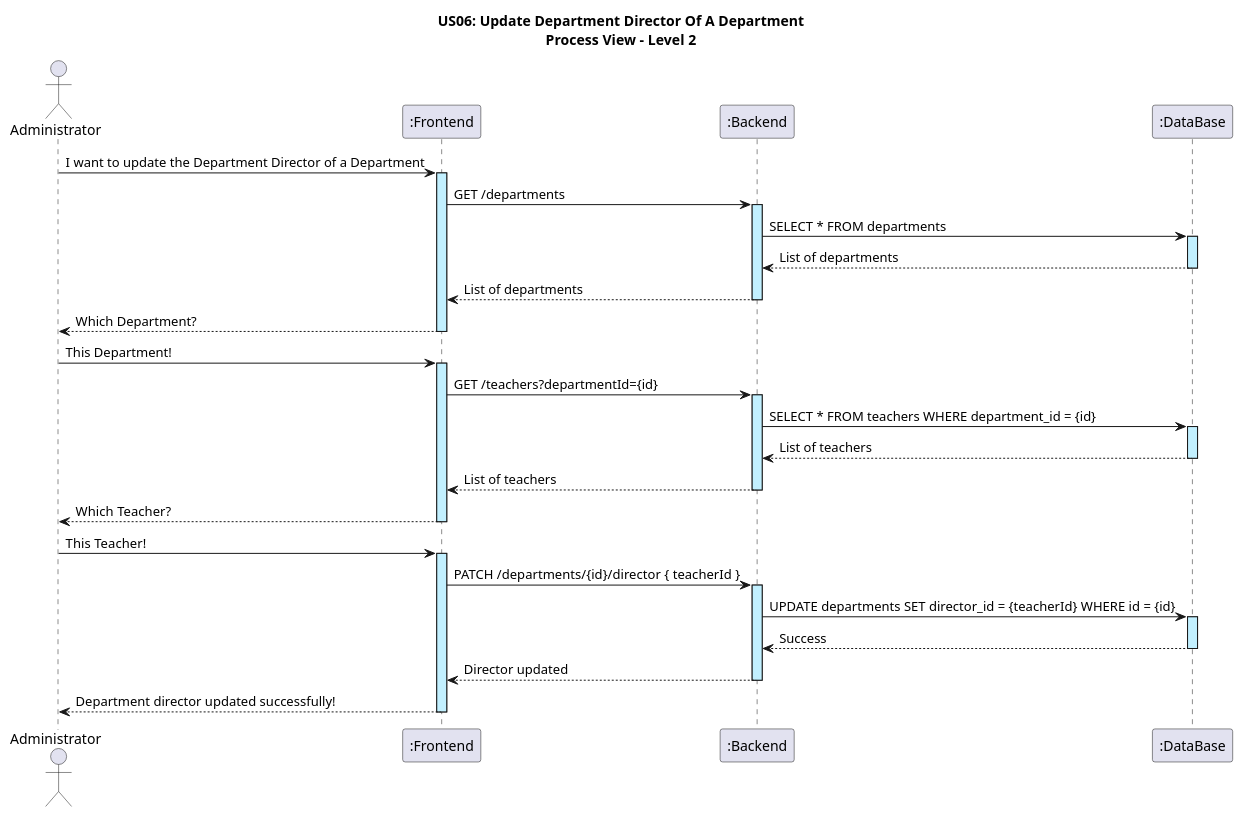
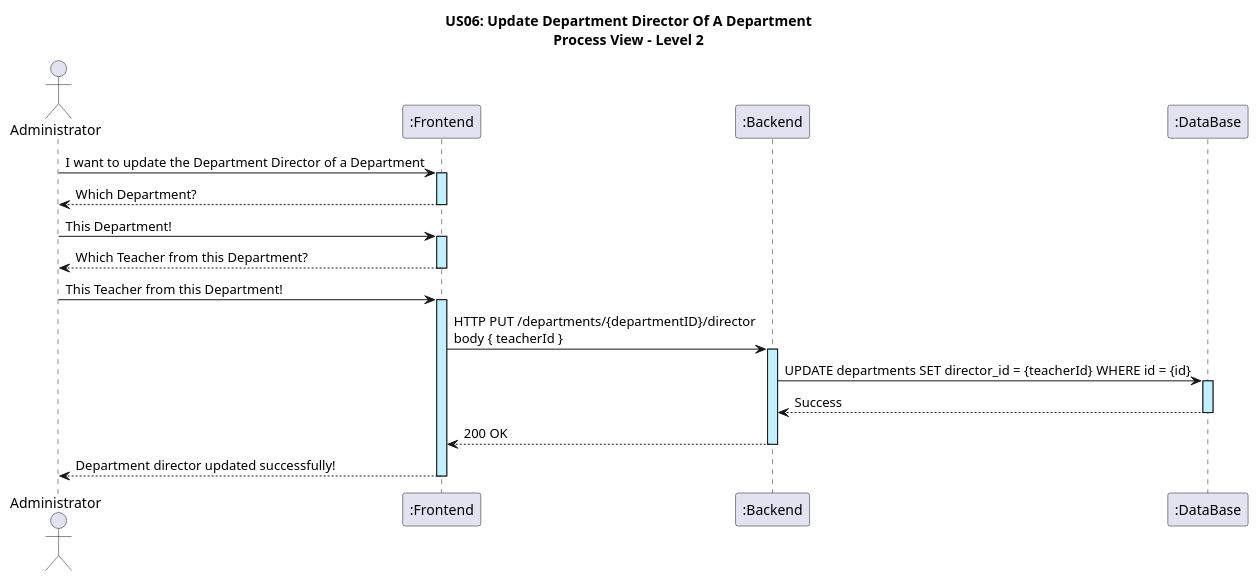
The diagram in docs/US06/ProcessView/US06_ProcessView_Level2.puml (GasparISEP/DevOps-PAI), drawn with PlantUML before and after one commit. The commit also changed 2 other files, not shown here.

Commit message:
refactor: update process diagram level 2 #674

```diff
--- a/docs/US06/ProcessView/US06_ProcessView_Level2.puml
+++ b/docs/US06/ProcessView/US06_ProcessView_Level2.puml
@@ -1,35 +1,29 @@
 @startuml
 
 title US06: Update Department Director Of A Department\nProcess View - Level 2
 
 actor "Administrator" as A
 participant ":Frontend" as FE
 participant ":Backend" as BE
 participant ":DataBase" as DB
 
 skinparam nodesep 5
 
 skinparam sequenceLifeLineBackgroundColor #application
 
 A -> FE ++ : I want to update the Department Director of a Department
-FE -> BE ++: GET /departments
-BE -> DB ++: SELECT * FROM departments
-DB --> BE --: List of departments
-BE --> FE --: List of departments
+
 FE --> A --: Which Department?
 
 A -> FE ++ : This Department!
-FE -> BE ++ : GET /teachers?departmentId={id}
-BE -> DB ++ : SELECT * FROM teachers WHERE department_id = {id}
-DB --> BE -- : List of teachers
-BE --> FE -- : List of teachers
-FE --> A -- : Which Teacher?
 
-A -> FE ++ : This Teacher!
-FE -> BE ++ : PATCH /departments/{id}/director { teacherId }
+FE --> A -- : Which Teacher from this Department?
+
+A -> FE ++ : This Teacher from this Department!
+FE -> BE ++ : HTTP PUT /departments/{departmentID}/director\nbody { teacherId }
 BE -> DB ++: UPDATE departments SET director_id = {teacherId} WHERE id = {id}
 DB --> BE -- : Success
-BE --> FE -- : Director updated
+BE --> FE -- : 200 OK
 FE --> A -- : Department director updated successfully!
 
 @enduml
```
